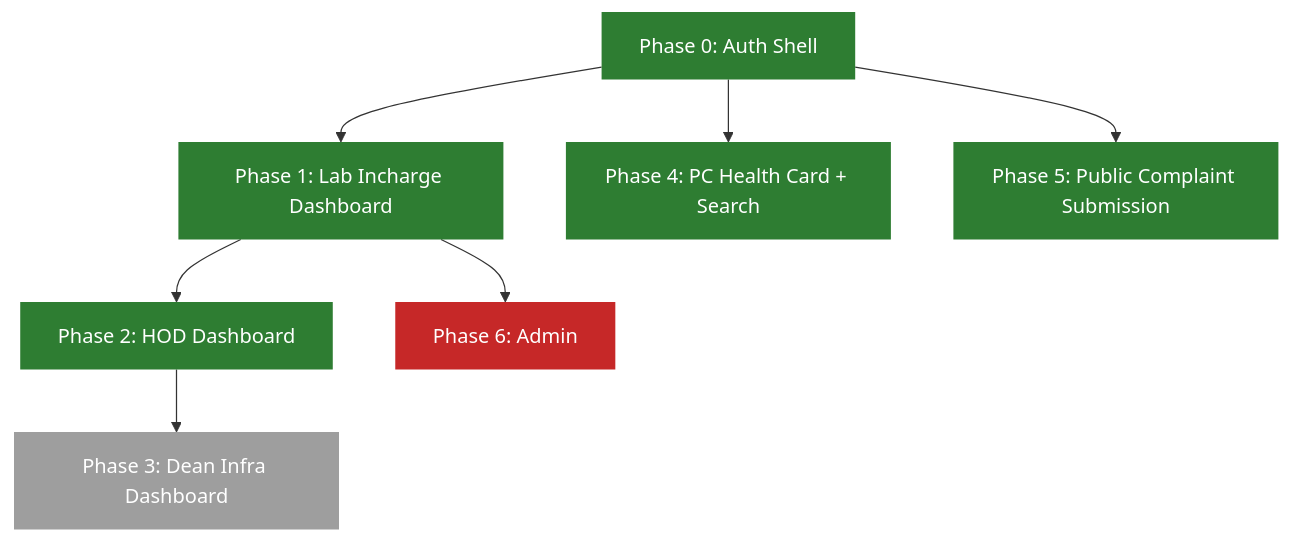
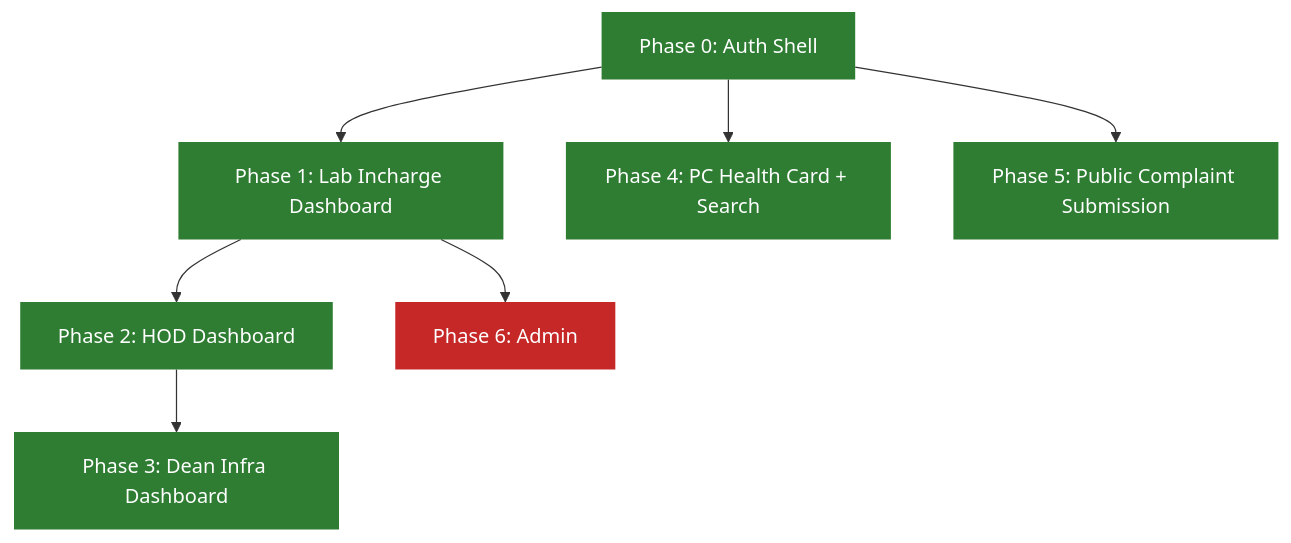
The diagram in frontend/docs/frontend-design.md (Codewith-soham/LabMon), drawn with Mermaid before and after one commit. The commit also changed other lines of this file and 5 other files, not shown here.

````diff
--- a/frontend/docs/frontend-design.md
+++ b/frontend/docs/frontend-design.md
@@ -16,13 +16,13 @@
 ```mermaid
 flowchart TD
     P0["Phase 0: Auth Shell"]:::done --> P1["Phase 1: Lab Incharge Dashboard"]:::done
     P1 --> P2["Phase 2: HOD Dashboard"]:::done
-    P2 --> P3["Phase 3: Dean Infra Dashboard"]:::todo
+    P2 --> P3["Phase 3: Dean Infra Dashboard"]:::done
     P0 --> P4["Phase 4: PC Health Card + Search"]:::done
     P0 --> P5["Phase 5: Public Complaint Submission"]:::done
     P1 --> P6["Phase 6: Admin"]:::blocked
 
     classDef done fill:#2e7d32,color:#fff,stroke:none
     classDef todo fill:#9e9e9e,color:#fff,stroke:none
     classDef blocked fill:#c62828,color:#fff,stroke:none
 ```
````
